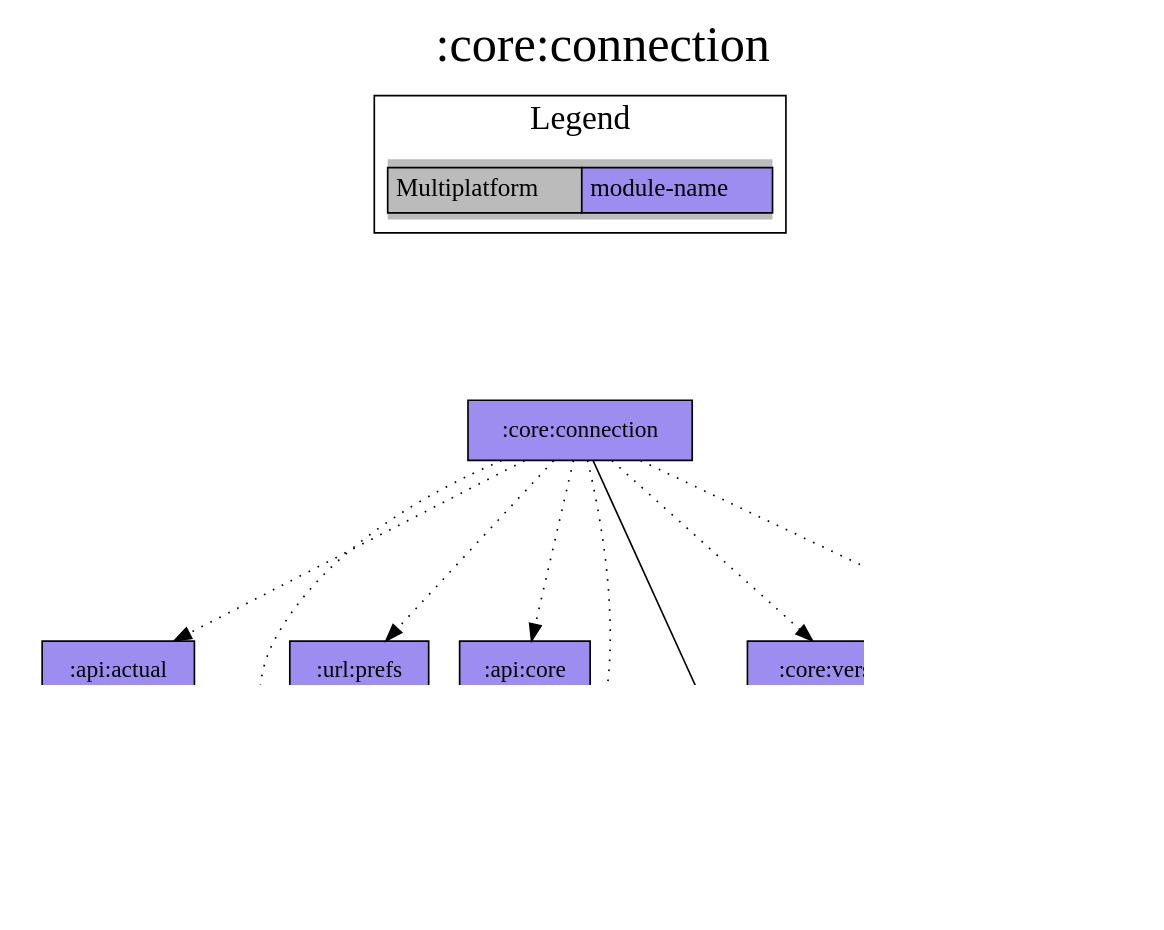
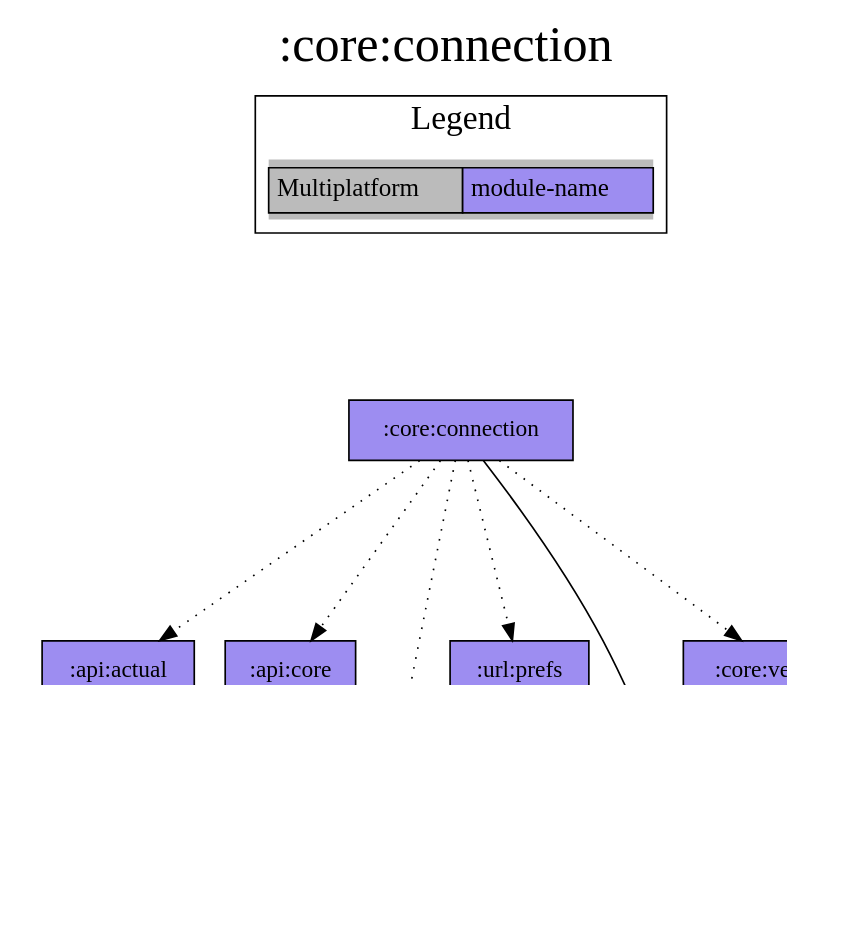
The diagram in modules/core/connection/project-dependency-graph.dot (jonapoul/aktual), drawn with Graphviz before and after one commit. The commit also changed 116 other files, not shown here.

```diff
--- a/modules/core/connection/project-dependency-graph.dot
+++ b/modules/core/connection/project-dependency-graph.dot
@@ -1,42 +1,37 @@
 digraph {
 edge ["dir"="forward"]
 graph ["dpi"="100","label"=":core:connection","labelloc"="t","fontsize"="30","ranksep"="1.5","rankdir"="TB"]
 node ["style"="filled"]
 ":account:model" ["fillcolor"="#9D8DF1","shape"="box"]
 ":api:actual" ["fillcolor"="#9D8DF1","shape"="box"]
 ":api:core" ["fillcolor"="#9D8DF1","shape"="box"]
 ":core:buildconfig" ["fillcolor"="#9D8DF1","shape"="box"]
 ":core:connection" ["fillcolor"="#9D8DF1","shape"="box"]
-":core:coroutines" ["fillcolor"="#9D8DF1","shape"="box"]
-":core:log" ["fillcolor"="#9D8DF1","shape"="box"]
 ":core:versions" ["fillcolor"="#9D8DF1","shape"="box"]
 ":url:model" ["fillcolor"="#9D8DF1","shape"="box"]
 ":url:prefs" ["fillcolor"="#9D8DF1","shape"="box"]
 {
 edge ["dir"="none"]
 graph ["rank"="same"]
 }
 ":api:actual" -> ":account:model"
 ":api:actual" -> ":url:model"
-":api:core" -> ":core:log"
 ":api:core" -> ":url:model"
 ":core:connection" -> ":api:actual" ["style"="dotted"]
 ":core:connection" -> ":api:core" ["style"="dotted"]
 ":core:connection" -> ":core:buildconfig"
-":core:connection" -> ":core:coroutines" ["style"="dotted"]
-":core:connection" -> ":core:log" ["style"="dotted"]
 ":core:connection" -> ":core:versions" ["style"="dotted"]
 ":core:connection" -> ":url:model" ["style"="dotted"]
 ":core:connection" -> ":url:prefs" ["style"="dotted"]
 ":core:versions" -> ":core:buildconfig"
 ":url:prefs" -> ":url:model"
 subgraph "cluster_legend" {
 edge ["dir"="none"]
 graph ["label"="Legend","fontsize"="20"]
 "Legend" ["style"="filled","fillcolor"="#bbbbbb","shape"="none","margin"="0","fontsize"="15","label"=<
 <TABLE BORDER="0" CELLBORDER="1" CELLSPACING="0" CELLPADDING="4">
 <TR><TD>Multiplatform</TD><TD BGCOLOR="#9D8DF1">module-name</TD></TR>
 </TABLE>
 >]
 } -> ":core:connection" ["style"="invis"]
 }
```
